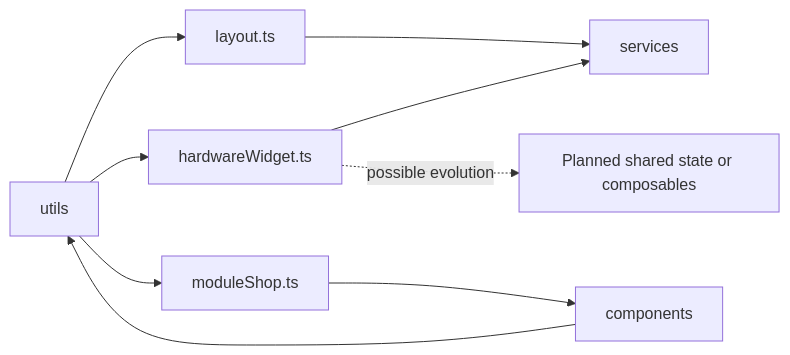
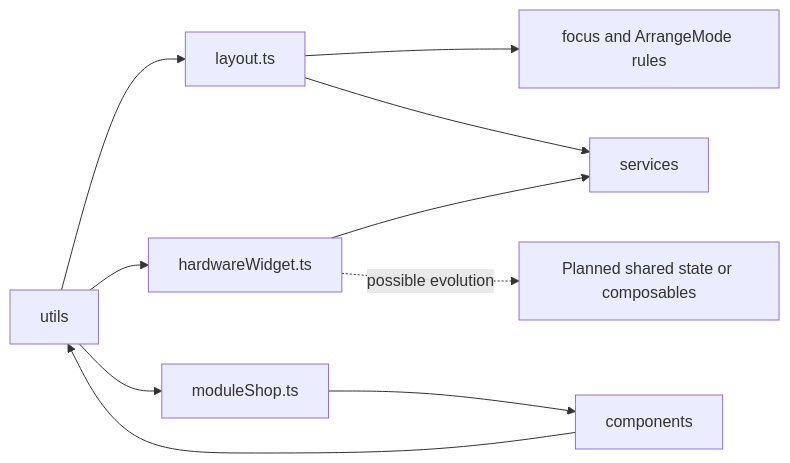
Before and after one commit to SebastianRieger/Software-Engineering: the diagram in Frontend/nimrag-frontend/src/utils/utilArch.md, drawn with Mermaid. The commit also changed other lines of this file and 30 other files, not shown here.

````diff
--- a/Frontend/nimrag-frontend/src/utils/utilArch.md
+++ b/Frontend/nimrag-frontend/src/utils/utilArch.md
@@ -37,19 +37,21 @@
 ```mermaid
 flowchart LR
     Utils[utils]
     Layout[layout.ts]
     Hardware[hardwareWidget.ts]
     Shop[moduleShop.ts]
     Components[components]
     Services[services]
+    Actions[focus and ArrangeMode rules]
     PlannedState[Planned shared state or composables]
 
     Utils --> Layout
     Utils --> Hardware
     Utils --> Shop
     Components --> Utils
+    Layout --> Actions
     Layout --> Services
     Hardware --> Services
     Shop --> Components
     Hardware -. possible evolution .-> PlannedState
 ```
````
